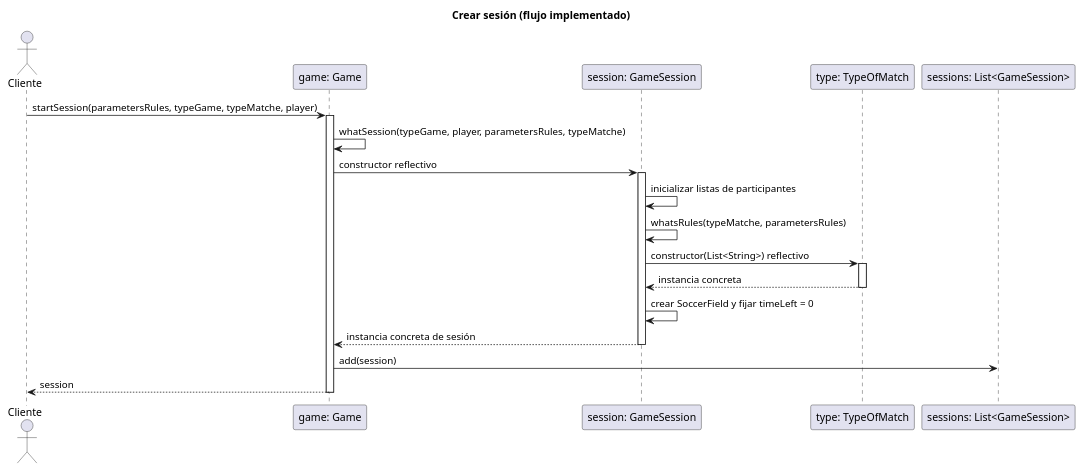
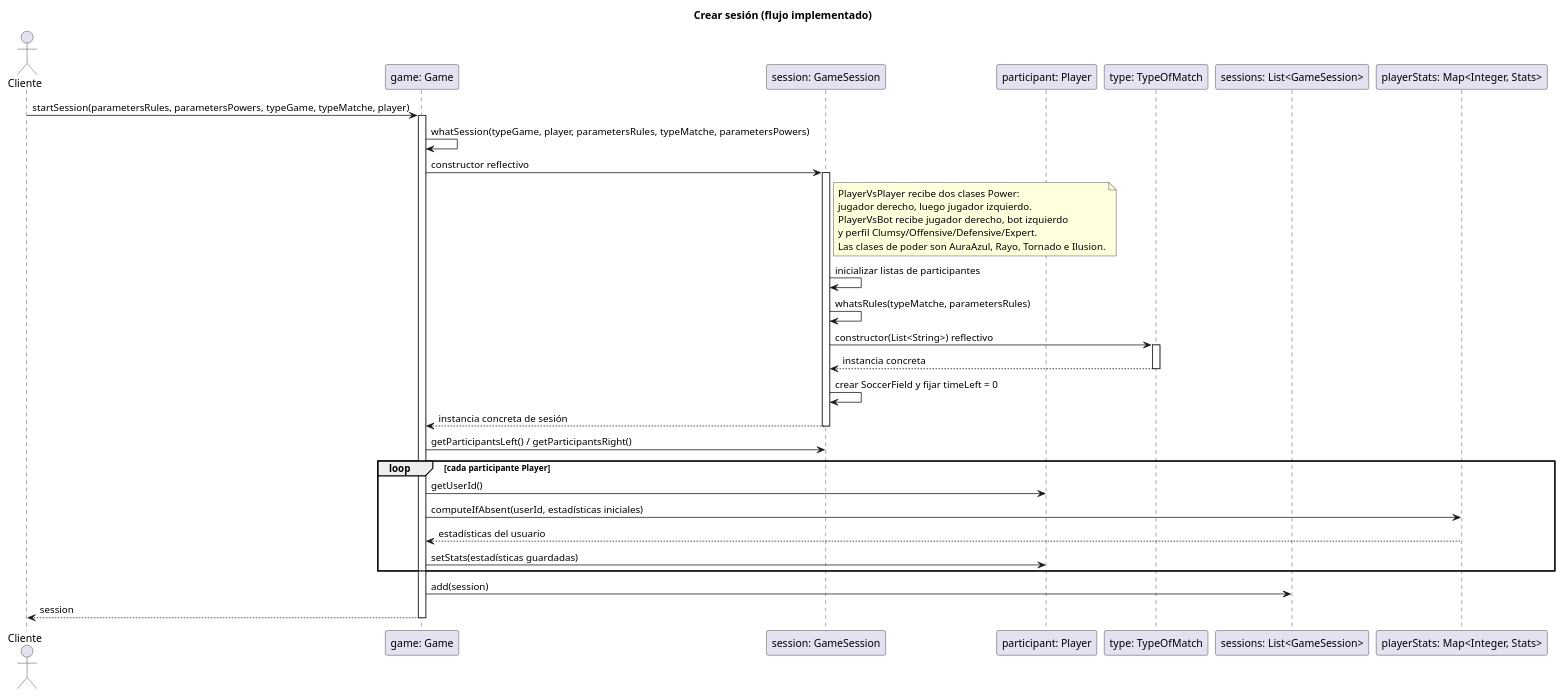
One commit to PaglkG/ProyectoFinal-Dopo changed the diagram in docs/uml/start-session-sequence.puml. Above: the diagram before and after it, drawn with PlantUML. The commit also changed 59 other files, not shown here.

Commit message:
Implementa patadas con daño y aturdimiento, persistencia de estadísticas y poderes, amplía las pruebas y el banco visual, y muestra todas las hitboxes

```diff
--- a/docs/uml/start-session-sequence.puml
+++ b/docs/uml/start-session-sequence.puml
@@ -1,22 +1,38 @@
 @startuml
 title Crear sesión (flujo implementado)
 actor Cliente
 participant "game: Game" as G
 participant "session: GameSession" as S
+participant "participant: Player" as P
 participant "type: TypeOfMatch" as T
 participant "sessions: List<GameSession>" as L
+participant "playerStats: Map<Integer, Stats>" as M
 
-Cliente -> G: startSession(parametersRules, typeGame, typeMatche, player)
+Cliente -> G: startSession(parametersRules, parametersPowers, typeGame, typeMatche, player)
 activate G
-G -> G: whatSession(typeGame, player, parametersRules, typeMatche)
+G -> G: whatSession(typeGame, player, parametersRules, typeMatche, parametersPowers)
 G -> S ++: constructor reflectivo
+note right of S
+  PlayerVsPlayer recibe dos clases Power:
+  jugador derecho, luego jugador izquierdo.
+  PlayerVsBot recibe jugador derecho, bot izquierdo
+  y perfil Clumsy/Offensive/Defensive/Expert.
+  Las clases de poder son AuraAzul, Rayo, Tornado e Ilusion.
+end note
 S -> S: inicializar listas de participantes
 S -> S: whatsRules(typeMatche, parametersRules)
 S -> T ++: constructor(List<String>) reflectivo
 T --> S --: instancia concreta
 S -> S: crear SoccerField y fijar timeLeft = 0
 S --> G --: instancia concreta de sesión
+G -> S: getParticipantsLeft() / getParticipantsRight()
+loop cada participante Player
+  G -> P: getUserId()
+  G -> M: computeIfAbsent(userId, estadísticas iniciales)
+  M --> G: estadísticas del usuario
+  G -> P: setStats(estadísticas guardadas)
+end
 G -> L: add(session)
 G --> Cliente: session
 deactivate G
 @enduml
```
